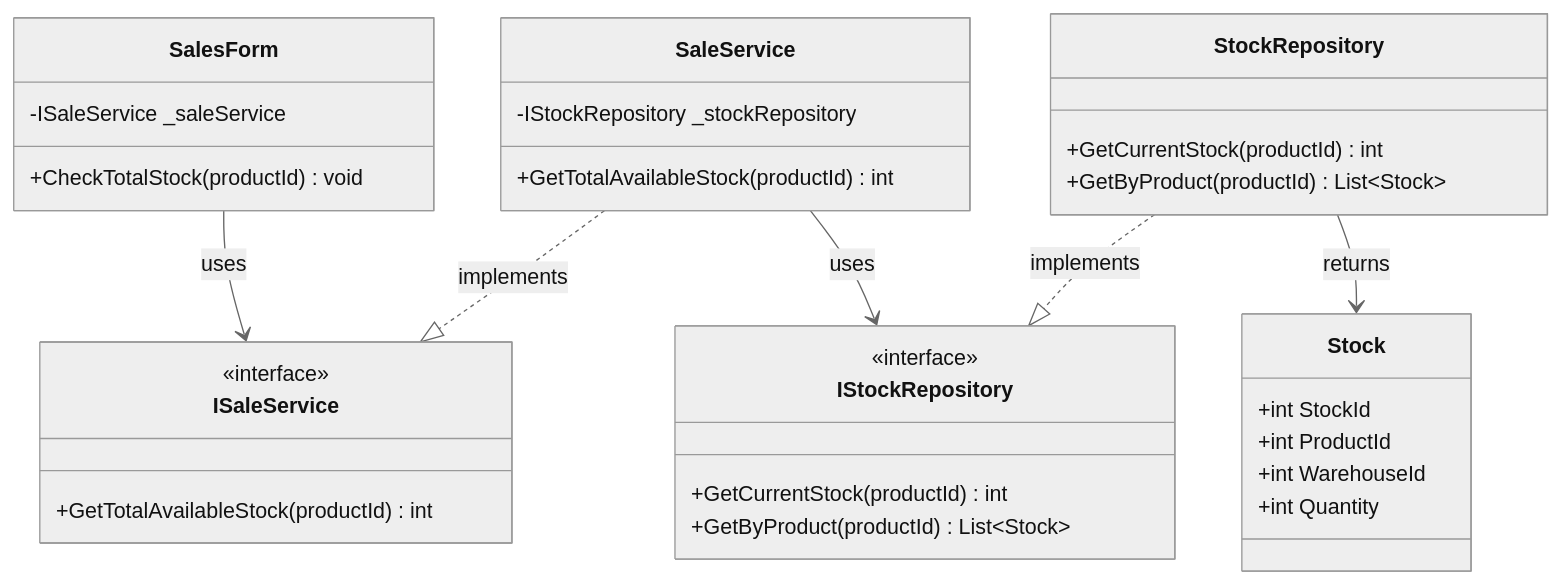
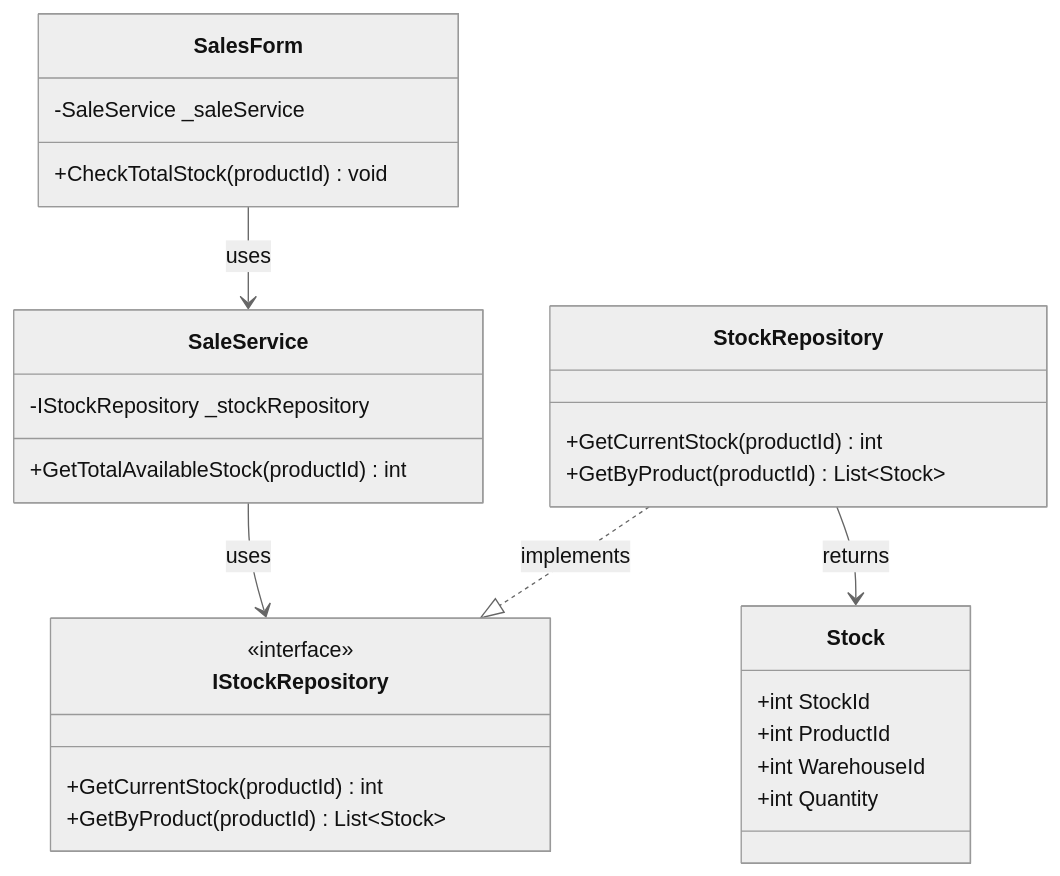
Before and after one commit to nahuk86/tp_diploma_nk_2026: diagram 21 of 24 in Documentation/UML_Diagrams/15_Sales_UseCases.md, drawn with Mermaid (neutral theme). The commit also changed other lines of this file and 5 other files, not shown here.

First line of the commit message:
Fix UML documentation: remove non-existent BLL service interfaces

````diff
--- a/Documentation/UML_Diagrams/15_Sales_UseCases.md
+++ b/Documentation/UML_Diagrams/15_Sales_UseCases.md
@@ -828,41 +767,36 @@
 ```mermaid
 classDiagram
     class SalesForm {
-        -ISaleService _saleService
+        -SaleService _saleService
         +CheckTotalStock(productId) void
     }
 
-    class ISaleService {
-        <<interface>>
-        +GetTotalAvailableStock(productId) int
-    }
 
     class SaleService {
         -IStockRepository _stockRepository
         +GetTotalAvailableStock(productId) int
     }
 
     class IStockRepository {
         <<interface>>
         +GetCurrentStock(productId) int
         +GetByProduct(productId) List~Stock~
     }
 
     class StockRepository {
         +GetCurrentStock(productId) int
         +GetByProduct(productId) List~Stock~
     }
 
     class Stock {
         +int StockId
         +int ProductId
         +int WarehouseId
         +int Quantity
     }
 
-    SalesForm --> ISaleService : uses
-    SaleService ..|> ISaleService : implements
+    SalesForm --> SaleService : uses
     SaleService --> IStockRepository : uses
     StockRepository ..|> IStockRepository : implements
     StockRepository --> Stock : returns
 ```
````
